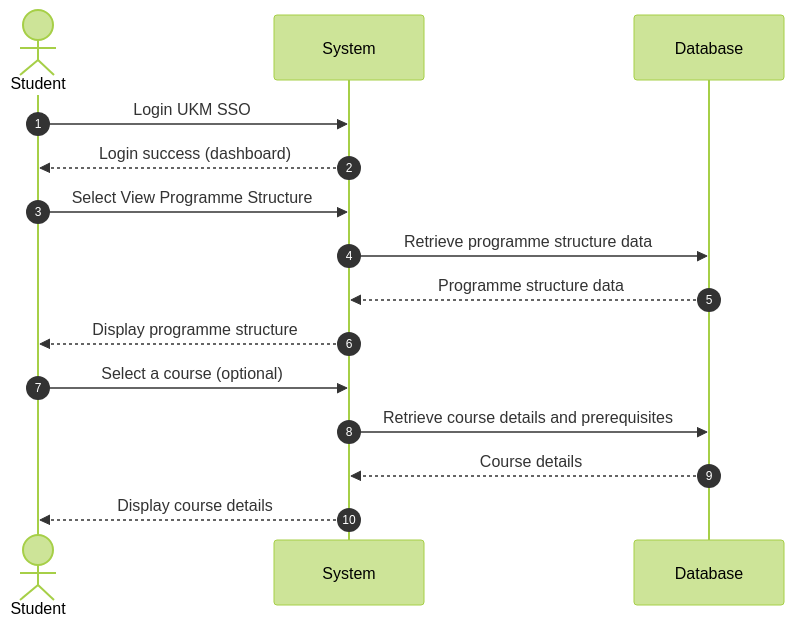
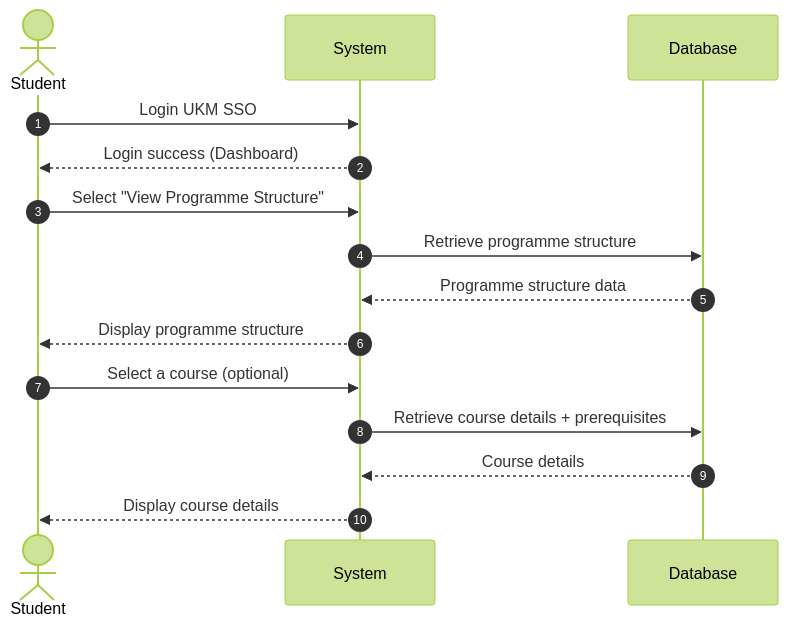
The diagram in all/未命名-1.md (Lifantastic-O/iodraw-files), drawn with Mermaid (forest theme) before and after one commit.

Commit message:
2025-12-17 23:06:53 update

````diff
--- a/all/未命名-1.md
+++ b/all/未命名-1.md
@@ -1,21 +1,21 @@
 ```mermaid
 sequenceDiagram
 autonumber
 actor Student
 participant System
 participant DB as Database
 
 Student->>System: Login UKM SSO
-System-->>Student: Login success (dashboard)
+System-->>Student: Login success (Dashboard)
 
-Student->>System: Select View Programme Structure
-System->>DB: Retrieve programme structure data
+Student->>System: Select "View Programme Structure"
+System->>DB: Retrieve programme structure
 DB-->>System: Programme structure data
 System-->>Student: Display programme structure
 
 Student->>System: Select a course (optional)
-System->>DB: Retrieve course details and prerequisites
+System->>DB: Retrieve course details + prerequisites
 DB-->>System: Course details
 System-->>Student: Display course details
 
 ```
````
